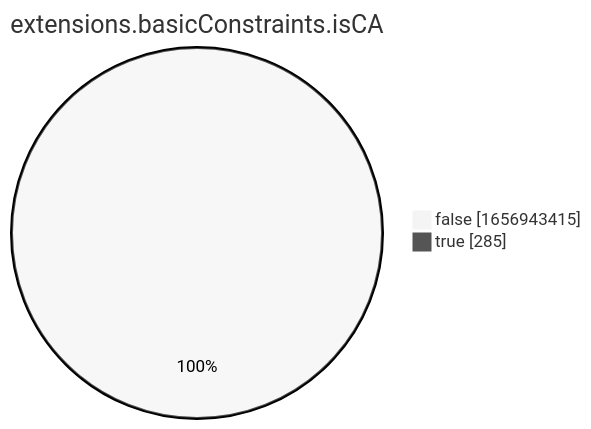
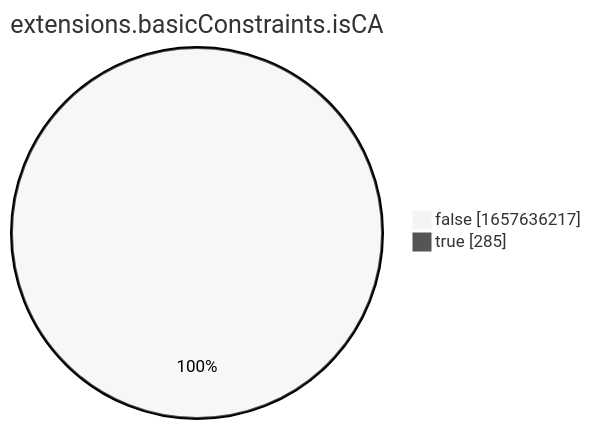
One commit to christiankrug/ctmonitor_visualization changed the eighth of 15 diagrams in xenon2022/README.md. Above: the diagram before and after it, drawn with Mermaid (neutral theme). The commit also changed other lines of this file, not shown here.

````diff
--- a/xenon2022/README.md
+++ b/xenon2022/README.md
@@ -2864,6 +2864,6 @@
 ```mermaid
 pie showData
 title extensions.basicConstraints.isCA
-"false" :1656943415
+"false" :1657636217
 "true" :285
 ```
````
